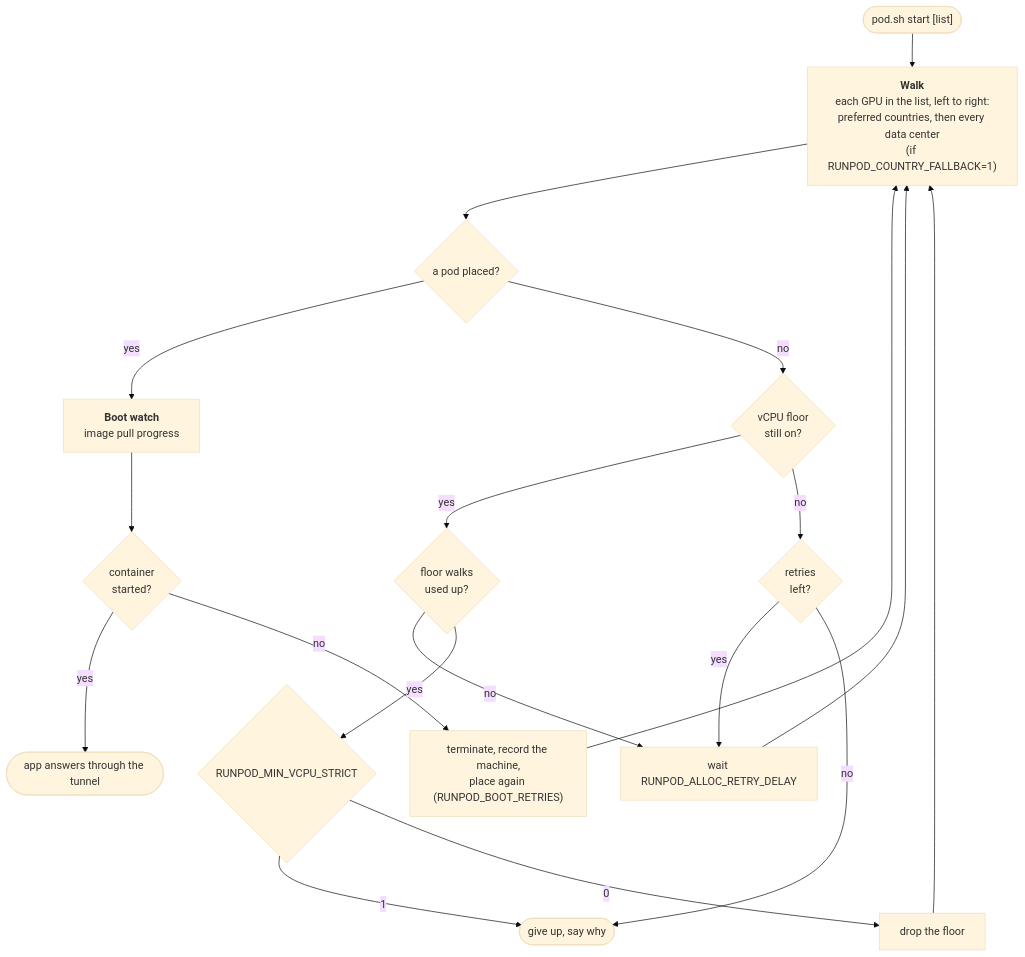
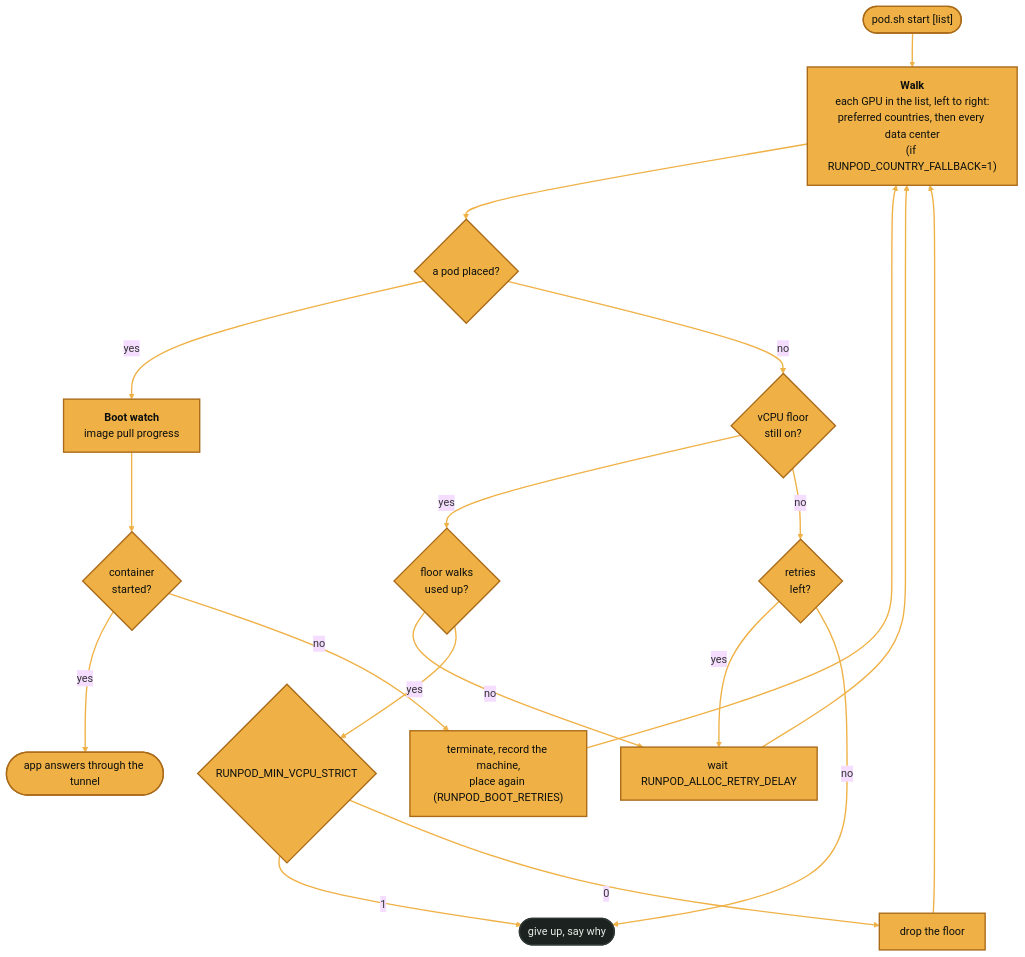
One commit to BitWise-0x/GPU-Cloud-Ai-recipes changed the diagram in runpod/docs/gpu-selection.md. Above: the diagram before and after it, drawn with Mermaid (base theme). The commit also changed 8 other files, not shown here.

Commit message:
Restyle the diagrams in amber and black and add the BitWise footer

````diff
--- a/runpod/docs/gpu-selection.md
+++ b/runpod/docs/gpu-selection.md
@@ -12,31 +12,35 @@
 ```mermaid
 graph TD
     start(["pod.sh start [list]"])
     walk["<b>Walk</b><br>each GPU in the list, left to right:<br>preferred countries, then every data center<br>(if RUNPOD_COUNTRY_FALLBACK=1)"]
     ok{"a pod placed?"}
     floor{"vCPU floor<br>still on?"}
     fwalks{"floor walks<br>used up?"}
     strict{"RUNPOD_MIN_VCPU_STRICT"}
     drop["drop the floor"]
     retries{"retries<br>left?"}
     wait["wait RUNPOD_ALLOC_RETRY_DELAY"]
     giveup(["give up, say why"])
     boot["<b>Boot watch</b><br>image pull progress"]
     stuck{"container<br>started?"}
     replace["terminate, record the machine,<br>place again (RUNPOD_BOOT_RETRIES)"]
     up(["app answers through the tunnel"])
 
     start --> walk --> ok
     ok -->|"yes"| boot --> stuck
     stuck -->|"yes"| up
     stuck -->|"no"| replace --> walk
     ok -->|"no"| floor
     floor -->|"yes"| fwalks
     fwalks -->|"no"| wait
     fwalks -->|"yes"| strict
     strict -->|"1"| giveup
     strict -->|"0"| drop --> walk
     floor -->|"no"| retries
     retries -->|"yes"| wait --> walk
     retries -->|"no"| giveup
+    classDef default fill:#efb146,stroke:#a96a19,stroke-width:2px,color:#0c0f0e
+    classDef quiet fill:#1b221f,stroke:#2e3733,stroke-width:2px,color:#e7ece8
+    linkStyle default stroke:#efb146,stroke-width:2px
+    class giveup quiet
 ```
````
